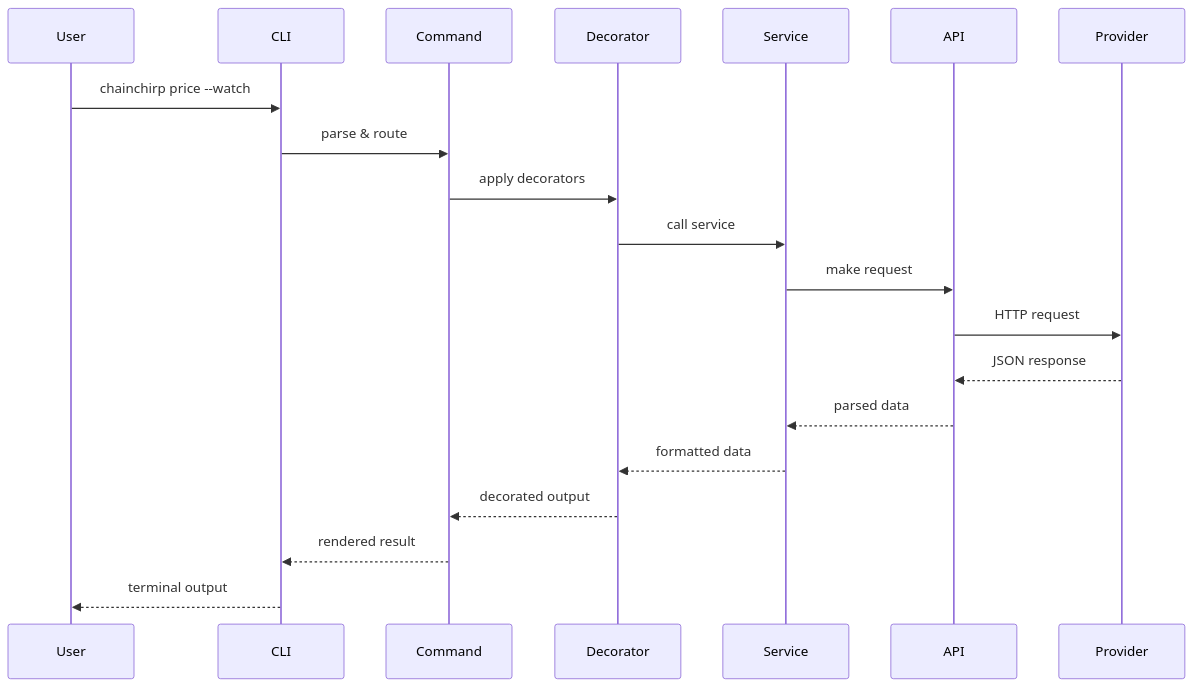
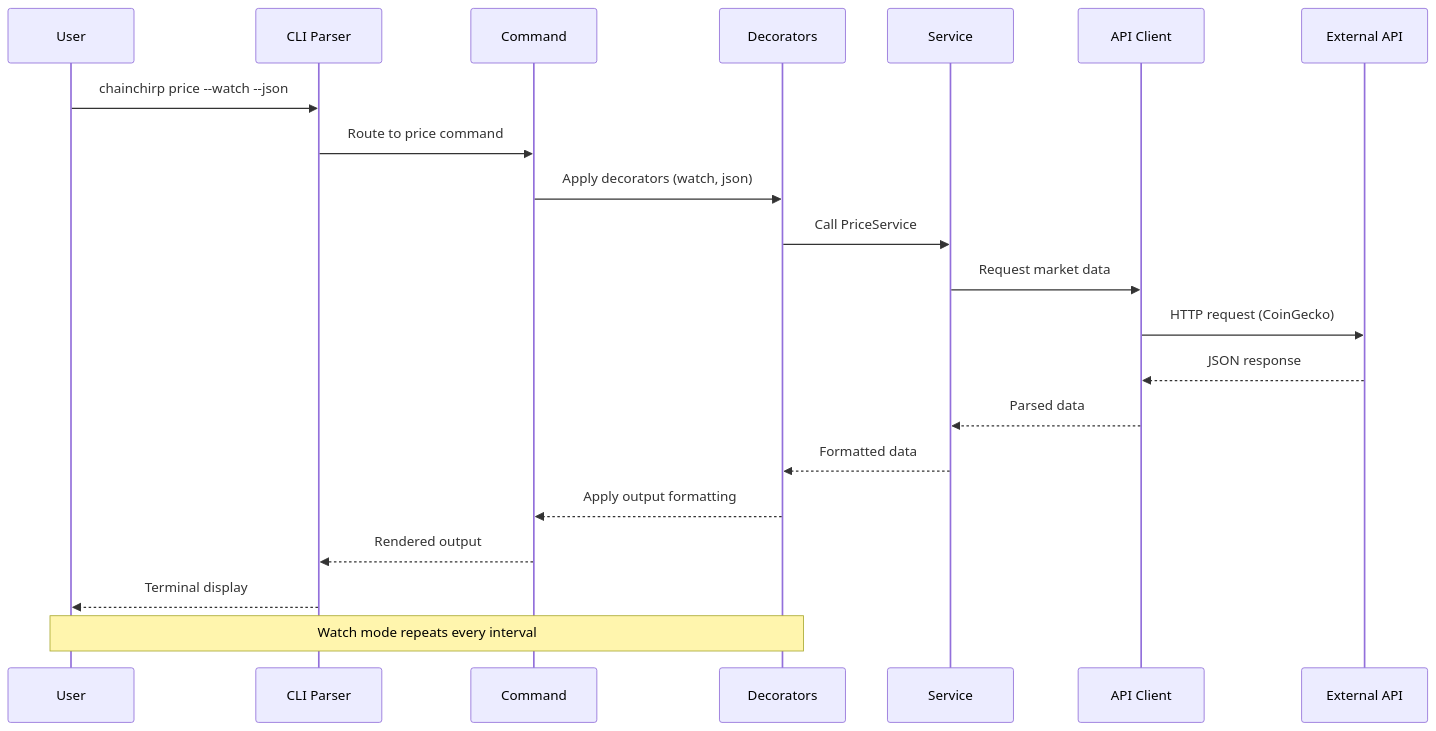
The second of 3 diagrams in docs/architecture.md (Medamine-creator/ChainChirp), drawn with Mermaid before and after one commit. The commit also changed other lines of this file and 15 other files, not shown here.

````diff
--- a/docs/architecture.md
+++ b/docs/architecture.md
@@ -29,23 +56,25 @@
 ```mermaid
 sequenceDiagram
     participant User
-    participant CLI
-    participant Command
-    participant Decorator
-    participant Service
-    participant API
-    participant Provider
+    participant CLI as CLI Parser
+    participant Cmd as Command
+    participant Dec as Decorators
+    participant Svc as Service
+    participant Api as API Client
+    participant Ext as External API
     
-    User->>CLI: chainchirp price --watch
-    CLI->>Command: parse & route
-    Command->>Decorator: apply decorators
-    Decorator->>Service: call service
-    Service->>API: make request
-    API->>Provider: HTTP request
-    Provider-->>API: JSON response
-    API-->>Service: parsed data
-    Service-->>Decorator: formatted data
-    Decorator-->>Command: decorated output
-    Command-->>CLI: rendered result
-    CLI-->>User: terminal output
+    User->>CLI: chainchirp price --watch --json
+    CLI->>Cmd: Route to price command
+    Cmd->>Dec: Apply decorators (watch, json)
+    Dec->>Svc: Call PriceService
+    Svc->>Api: Request market data
+    Api->>Ext: HTTP request (CoinGecko)
+    Ext-->>Api: JSON response
+    Api-->>Svc: Parsed data
+    Svc-->>Dec: Formatted data
+    Dec-->>Cmd: Apply output formatting
+    Cmd-->>CLI: Rendered output
+    CLI-->>User: Terminal display
+    
+    Note over Dec,User: Watch mode repeats every interval
 ```
````
